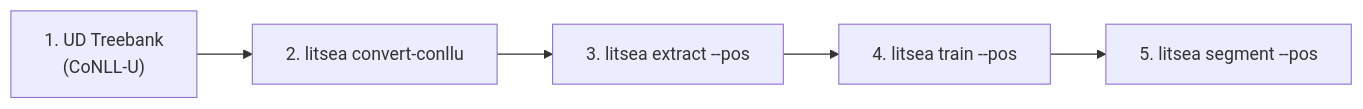
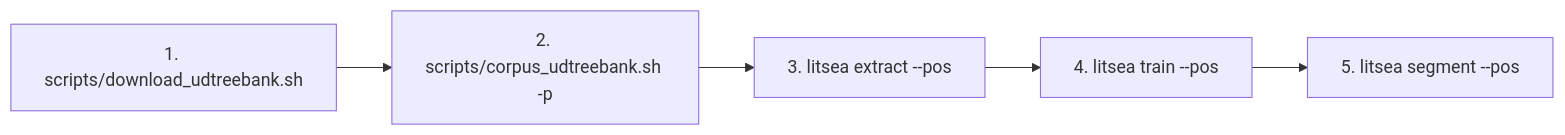
Before and after one commit to mosuka/litsea: the second of 2 diagrams in docs/src/litsea-cli.md, drawn with Mermaid. The commit also changed other lines of this file and 35 other files, not shown here.

````diff
--- a/docs/src/litsea-cli.md
+++ b/docs/src/litsea-cli.md
@@ -44,7 +44,7 @@
 ```mermaid
 flowchart LR
-    A["1. UD Treebank\n(CoNLL-U)"] --> B["2. litsea convert-conllu"]
+    A["1. scripts/download_udtreebank.sh"] --> B["2. scripts/corpus_udtreebank.sh -p"]
     B --> C["3. litsea extract --pos"]
     C --> D["4. litsea train --pos"]
     D --> E["5. litsea segment --pos"]
 ```
````
